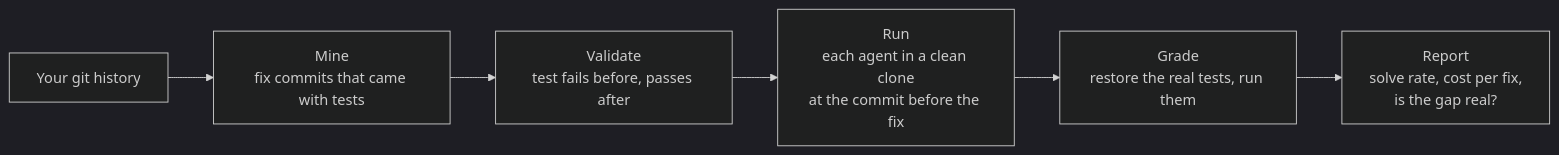
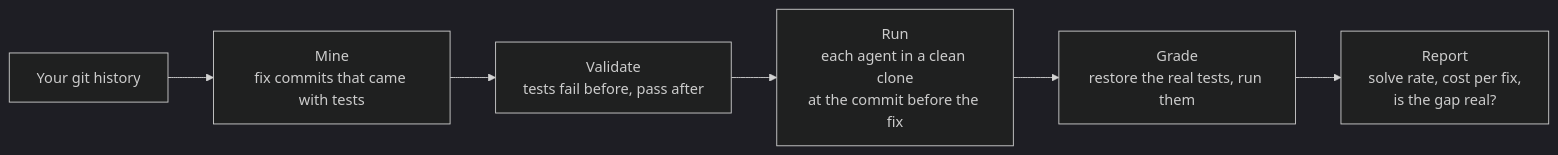
The diagram in README.md (itzzdev09/whichagent), drawn with Mermaid (dark theme) before and after one commit. The commit also changed other lines of this file and 3 other files, not shown here.

````diff
--- a/README.md
+++ b/README.md
@@ -43,8 +42,8 @@
 ```mermaid
 flowchart LR
     A["Your git history"] --> B["Mine<br/>fix commits that came with tests"]
-    B --> C["Validate<br/>test fails before, passes after"]
+    B --> C["Validate<br/>tests fail before, pass after"]
     C --> D["Run<br/>each agent in a clean clone<br/>at the commit before the fix"]
     D --> E["Grade<br/>restore the real tests, run them"]
     E --> F["Report<br/>solve rate, cost per fix,<br/>is the gap real?"]
 ```
````
